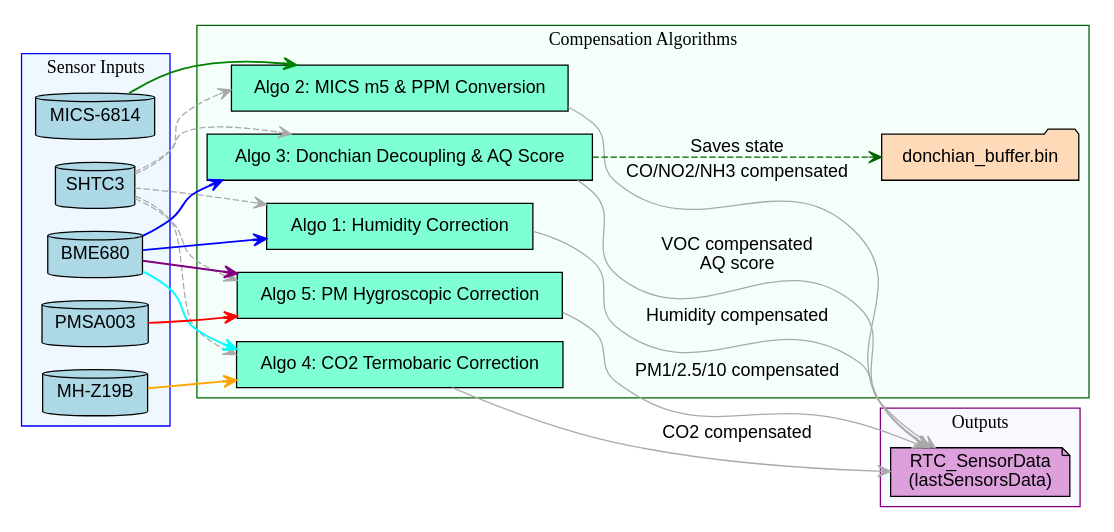
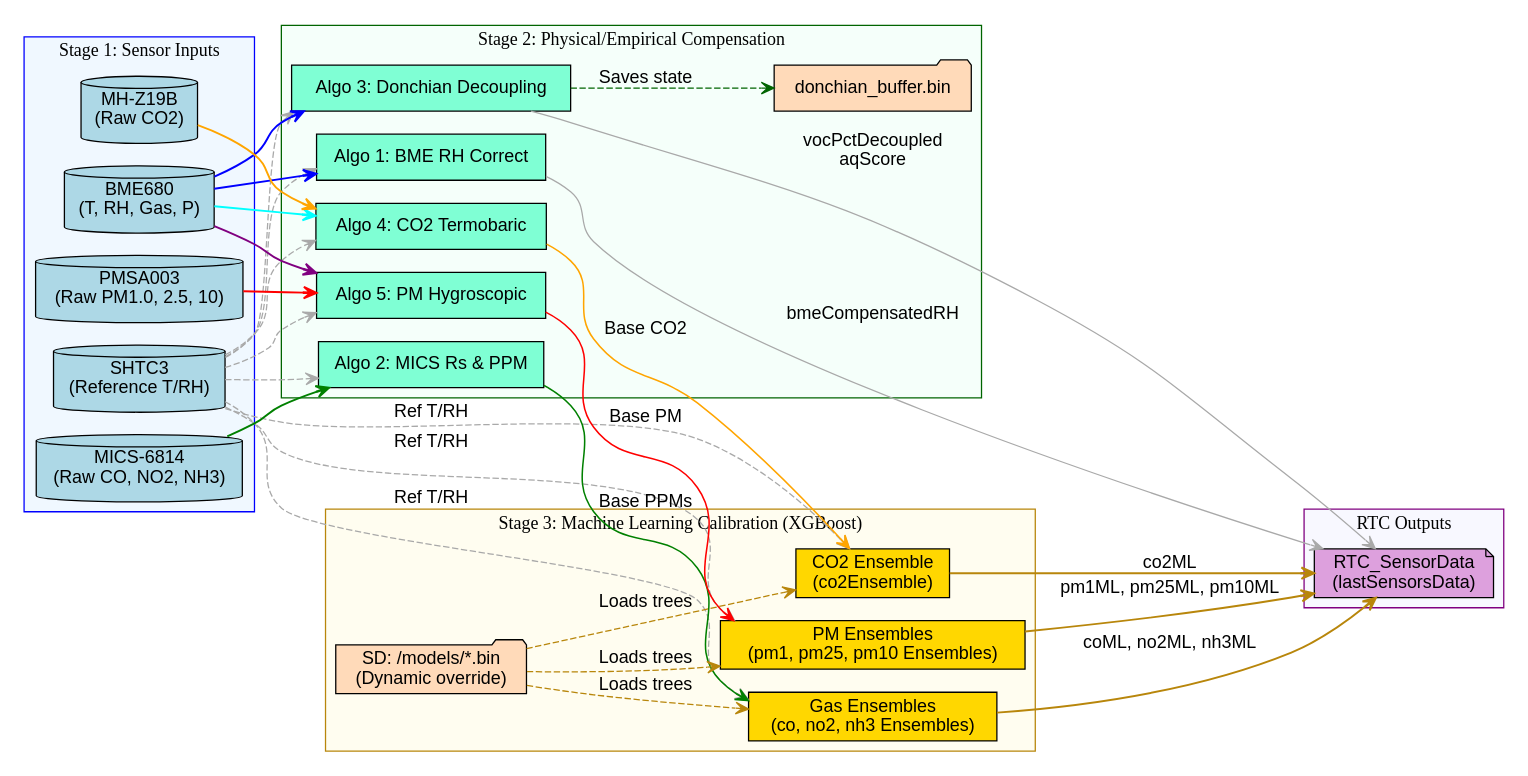
Before and after one commit to Pollution-tracking/EnvSensor-firmware: the diagram in docs/diagrams/cityairq_compensation_service.dot, drawn with Graphviz. The commit also changed 8 other files, not shown here.

Commit message:
docs: update architecture/pipeline diagrams with Stage 3 ML calibration and add dedicated ML pipeline rendering

```diff
--- a/docs/diagrams/cityairq_compensation_service.dot
+++ b/docs/diagrams/cityairq_compensation_service.dot
@@ -1,71 +1,88 @@
 digraph CompensationServicePipeline {
     rankdir=LR; // Left to Right layout for clear, readable columns
     node [shape=box, style=filled, fontname="Helvetica"];
     edge [fontname="Helvetica", arrowhead=vee];
 
     // --- LEFT COLUMN: SENSOR INPUTS ---
     subgraph cluster_inputs {
-        label = "Sensor Inputs";
+        label = "Stage 1: Sensor Inputs";
         color=blue;
         style=filled;
         fillcolor="#F0F8FF"; // AliceBlue
         
-        SHTC3 [label="SHTC3", shape=cylinder, fillcolor="lightblue"];
-        BME680 [label="BME680", shape=cylinder, fillcolor="lightblue"];
-        MICS6814 [label="MICS-6814", shape=cylinder, fillcolor="lightblue"];
-        MHZ19B [label="MH-Z19B", shape=cylinder, fillcolor="lightblue"];
-        PMSA003 [label="PMSA003", shape=cylinder, fillcolor="lightblue"];
+        SHTC3 [label="SHTC3\n(Reference T/RH)", shape=cylinder, fillcolor="lightblue"];
+        BME680 [label="BME680\n(T, RH, Gas, P)", shape=cylinder, fillcolor="lightblue"];
+        MICS6814 [label="MICS-6814\n(Raw CO, NO2, NH3)", shape=cylinder, fillcolor="lightblue"];
+        MHZ19B [label="MH-Z19B\n(Raw CO2)", shape=cylinder, fillcolor="lightblue"];
+        PMSA003 [label="PMSA003\n(Raw PM1.0, 2.5, 10)", shape=cylinder, fillcolor="lightblue"];
     }
 
-    // --- MIDDLE COLUMN: COMPENSATION ALGORITHMS ---
+    // --- MIDDLE COLUMN: PHYSICAL/EMPIRICAL COMPENSATION ---
     subgraph cluster_algorithms {
-        label = "Compensation Algorithms";
+        label = "Stage 2: Physical/Empirical Compensation";
         color=darkgreen;
         style=filled;
         fillcolor="#F5FFFA"; // MintCream
 
-        Algo1 [label="Algo 1: Humidity Correction", fillcolor="aquamarine"];
-        Algo2 [label="Algo 2: MICS m5 & PPM Conversion", fillcolor="aquamarine"];
-        Algo3 [label="Algo 3: Donchian Decoupling & AQ Score", fillcolor="aquamarine"];
-        Algo4 [label="Algo 4: CO2 Termobaric Correction", fillcolor="aquamarine"];
-        Algo5 [label="Algo 5: PM Hygroscopic Correction", fillcolor="aquamarine"];
+        Algo1 [label="Algo 1: BME RH Correct", fillcolor="aquamarine"];
+        Algo2 [label="Algo 2: MICS Rs & PPM", fillcolor="aquamarine"];
+        Algo3 [label="Algo 3: Donchian Decoupling", fillcolor="aquamarine"];
+        Algo4 [label="Algo 4: CO2 Termobaric", fillcolor="aquamarine"];
+        Algo5 [label="Algo 5: PM Hygroscopic", fillcolor="aquamarine"];
         
         SDFile [label="donchian_buffer.bin", shape=folder, fillcolor="peachpuff"];
         Algo3 -> SDFile [label="Saves state", style=dashed, color="darkgreen"];
     }
 
-    // --- COLOR-CODED ROUTING (EASY TO TRACE) ---
-    // 1. Ambient References (Dashed light grey to avoid clutter)
+    // --- MIDDLE-RIGHT COLUMN: MACHINE LEARNING CALIBRATION ---
+    subgraph cluster_ml_tuning {
+        label = "Stage 3: Machine Learning Calibration (XGBoost)";
+        color=darkgoldenrod;
+        style=filled;
+        fillcolor="#FFFDF0"; // Light yellow-gold
+
+        pmEnsembles [label="PM Ensembles\n(pm1, pm25, pm10 Ensembles)", fillcolor="gold"];
+        gasEnsembles [label="Gas Ensembles\n(co, no2, nh3 Ensembles)", fillcolor="gold"];
+        co2Ensemble [label="CO2 Ensemble\n(co2Ensemble)", fillcolor="gold"];
+        
+        SDModels [label="SD: /models/*.bin\n(Dynamic override)", shape=folder, fillcolor="peachpuff"];
+        SDModels -> {pmEnsembles, gasEnsembles, co2Ensemble} [label="Loads trees", style=dashed, color="darkgoldenrod"];
+    }
+
+    // --- PHYSICAL ROUTING ---
     SHTC3 -> {Algo1, Algo2, Algo3, Algo4, Algo5} [color="darkgray", style=dashed];
+    SHTC3 -> {pmEnsembles, gasEnsembles, co2Ensemble} [color="darkgray", style=dashed, label="Ref T/RH"];
 
-    // 2. Core Gas Sensor Connections (Green)
     MICS6814 -> Algo2 [color="green", penwidth=1.5];
-
-    // 3. NDIR CO2 Connections (Orange)
     MHZ19B -> Algo4 [color="orange", penwidth=1.5];
-
-    // 4. PM Particle Connections (Red)
     PMSA003 -> Algo5 [color="red", penwidth=1.5];
 
-    // 5. BME680 Multipurpose Connections (Blue / Purple)
     BME680 -> Algo1 [color="blue", penwidth=1.5];
     BME680 -> Algo3 [color="blue", penwidth=1.5];
     BME680 -> Algo4 [color="cyan", penwidth=1.5];
     BME680 -> Algo5 [color="purple", penwidth=1.5];
 
+    // --- ML ROUTING (STAGE 2 OUTPUTS TO STAGE 3 INPUTS) ---
+    Algo5 -> pmEnsembles [color="red", penwidth=1.2, label="Base PM"];
+    Algo2 -> gasEnsembles [color="green", penwidth=1.2, label="Base PPMs"];
+    Algo4 -> co2Ensemble [color="orange", penwidth=1.2, label="Base CO2"];
+
     // --- RIGHT COLUMN: PERSISTENT OUTPUTS ---
     subgraph cluster_outputs {
-        label = "Outputs";
+        label = "RTC Outputs";
         color=purple;
         style=filled;
         fillcolor="#F8F8FF"; // GhostWhite
 
         RTC_Data [label="RTC_SensorData\n(lastSensorsData)", shape=note, fillcolor="plum"];
     }
 
-    Algo1 -> RTC_Data [label="Humidity compensated", color="darkgray"];
-    Algo2 -> RTC_Data [label="CO/NO2/NH3 compensated", color="darkgray"];
-    Algo3 -> RTC_Data [label="VOC compensated\nAQ score", color="darkgray"];
-    Algo4 -> RTC_Data [label="CO2 compensated", color="darkgray"];
-    Algo5 -> RTC_Data [label="PM1/2.5/10 compensated", color="darkgray"];
+    // Connect empirical values directly (Stage 2)
+    Algo1 -> RTC_Data [label="bmeCompensatedRH", color="darkgray"];
+    Algo3 -> RTC_Data [label="vocPctDecoupled\naqScore", color="darkgray"];
+
+    // Connect ML values (Stage 3)
+    pmEnsembles -> RTC_Data [label="pm1ML, pm25ML, pm10ML", color="darkgoldenrod", penwidth=1.5];
+    gasEnsembles -> RTC_Data [label="coML, no2ML, nh3ML", color="darkgoldenrod", penwidth=1.5];
+    co2Ensemble -> RTC_Data [label="co2ML", color="darkgoldenrod", penwidth=1.5];
 }
```
